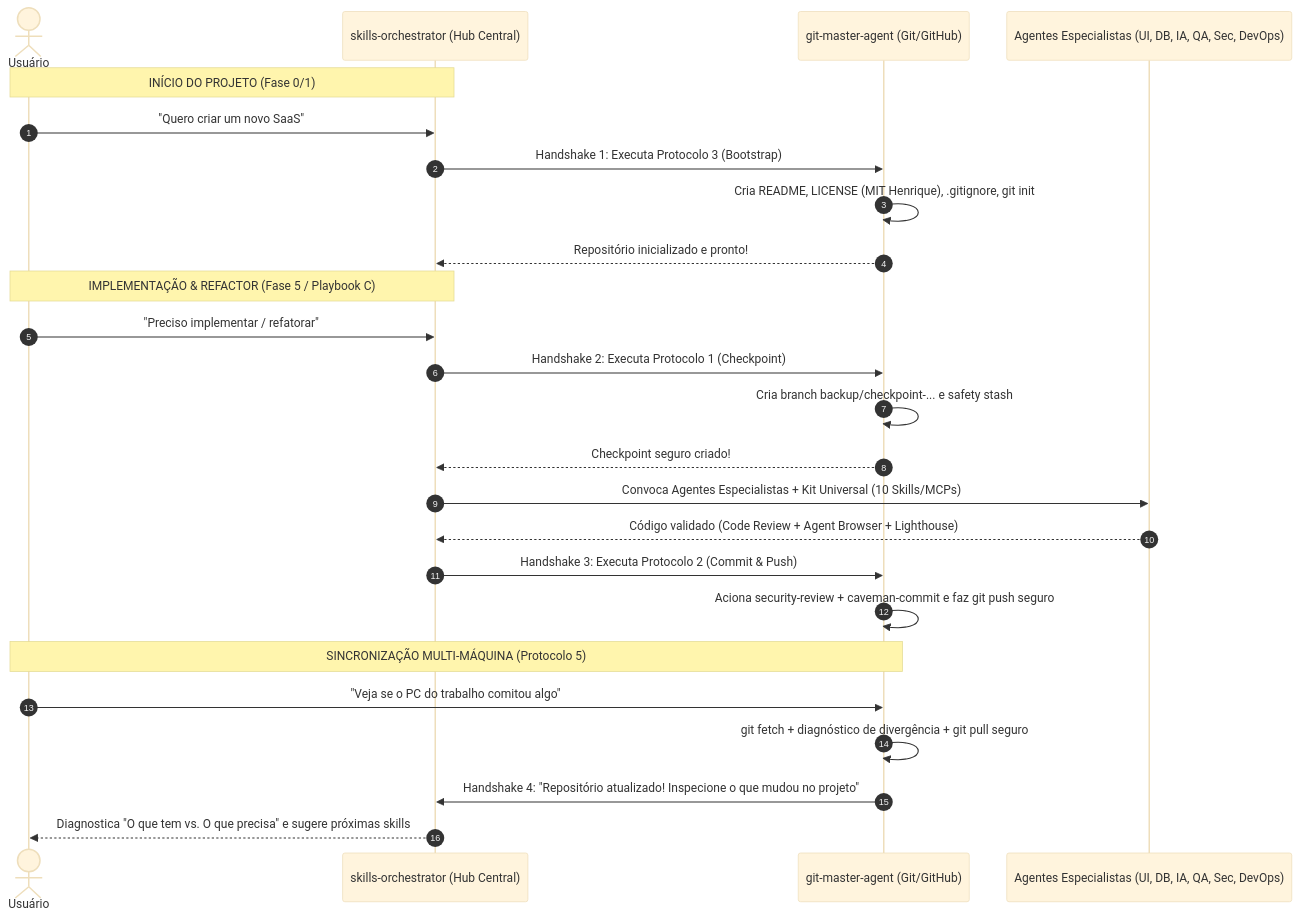
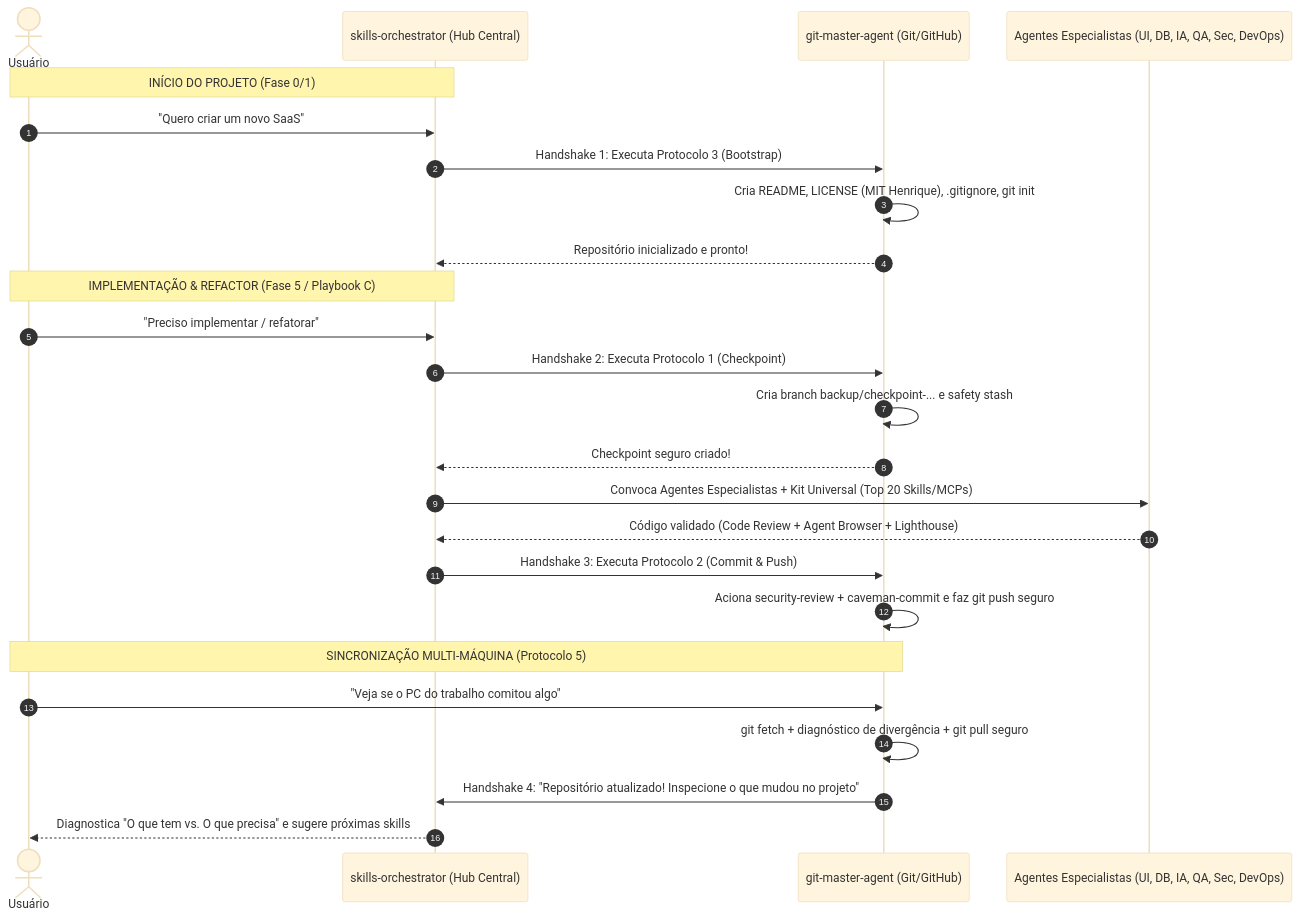
The diagram in custom-agents/git-master-agent.md (Henrique1601/SkiilsToIAs), drawn with Mermaid (base theme) before and after one commit. The commit also changed other lines of this file and 25 other files, not shown here.

Commit message:
feat(agents): expand Universal Core Kit from 10 to Top 20 mandatory skills & MCPs across all 12 agents

````diff
--- a/custom-agents/git-master-agent.md
+++ b/custom-agents/git-master-agent.md
@@ -282,30 +282,30 @@
 ```mermaid
 sequenceDiagram
     autonumber
     actor Dev as Usuário
     participant Orch as skills-orchestrator (Hub Central)
     participant GitMaster as git-master-agent (Git/GitHub)
     participant Agents as Agentes Especialistas (UI, DB, IA, QA, Sec, DevOps)
 
     Note over Orch,Dev: INÍCIO DO PROJETO (Fase 0/1)
     Dev->>Orch: "Quero criar um novo SaaS"
     Orch->>GitMaster: Handshake 1: Executa Protocolo 3 (Bootstrap)
     GitMaster->>GitMaster: Cria README, LICENSE (MIT Henrique), .gitignore, git init
     GitMaster-->>Orch: Repositório inicializado e pronto!
 
     Note over Orch,Dev: IMPLEMENTAÇÃO & REFACTOR (Fase 5 / Playbook C)
     Dev->>Orch: "Preciso implementar / refatorar"
     Orch->>GitMaster: Handshake 2: Executa Protocolo 1 (Checkpoint)
     GitMaster->>GitMaster: Cria branch backup/checkpoint-... e safety stash
     GitMaster-->>Orch: Checkpoint seguro criado!
-    Orch->>Agents: Convoca Agentes Especialistas + Kit Universal (10 Skills/MCPs)
+    Orch->>Agents: Convoca Agentes Especialistas + Kit Universal (Top 20 Skills/MCPs)
     Agents-->>Orch: Código validado (Code Review + Agent Browser + Lighthouse)
     Orch->>GitMaster: Handshake 3: Executa Protocolo 2 (Commit & Push)
     GitMaster->>GitMaster: Aciona security-review + caveman-commit e faz git push seguro
 
     Note over GitMaster,Dev: SINCRONIZAÇÃO MULTI-MÁQUINA (Protocolo 5)
     Dev->>GitMaster: "Veja se o PC do trabalho comitou algo"
     GitMaster->>GitMaster: git fetch + diagnóstico de divergência + git pull seguro
     GitMaster->>Orch: Handshake 4: "Repositório atualizado! Inspecione o que mudou no projeto"
     Orch-->>Dev: Diagnostica "O que tem vs. O que precisa" e sugere próximas skills
 ```
````
